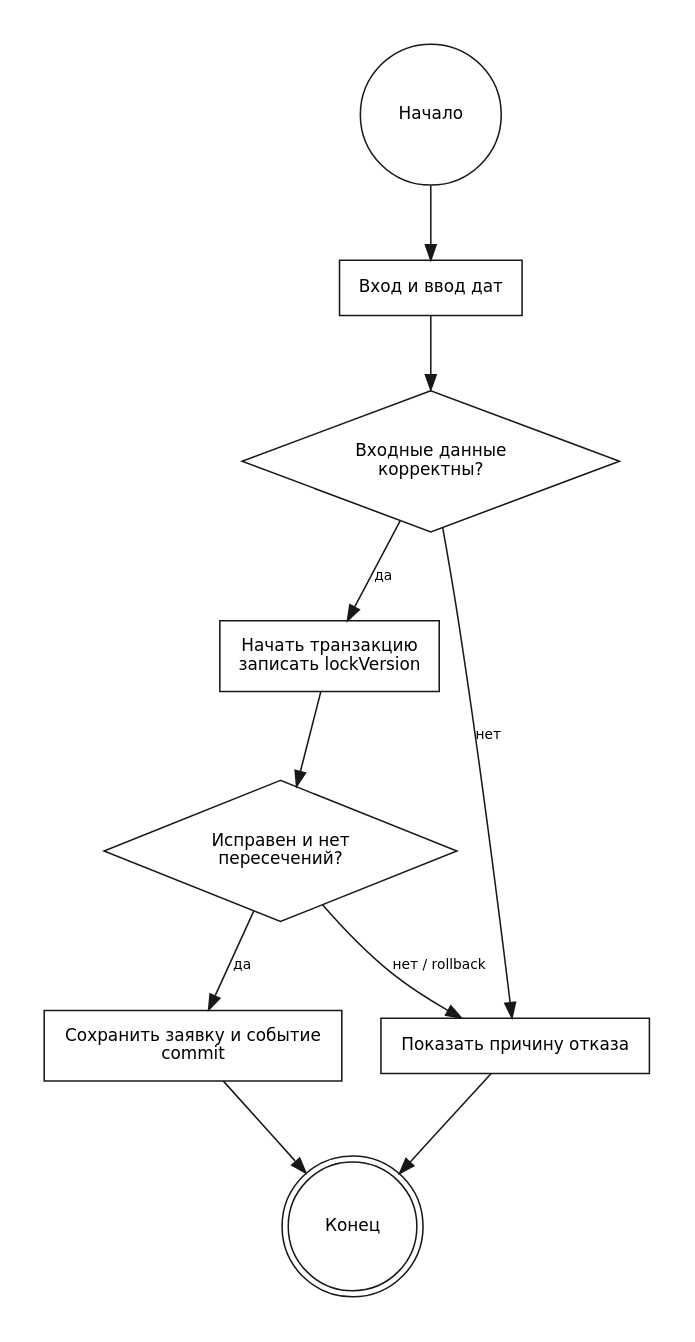
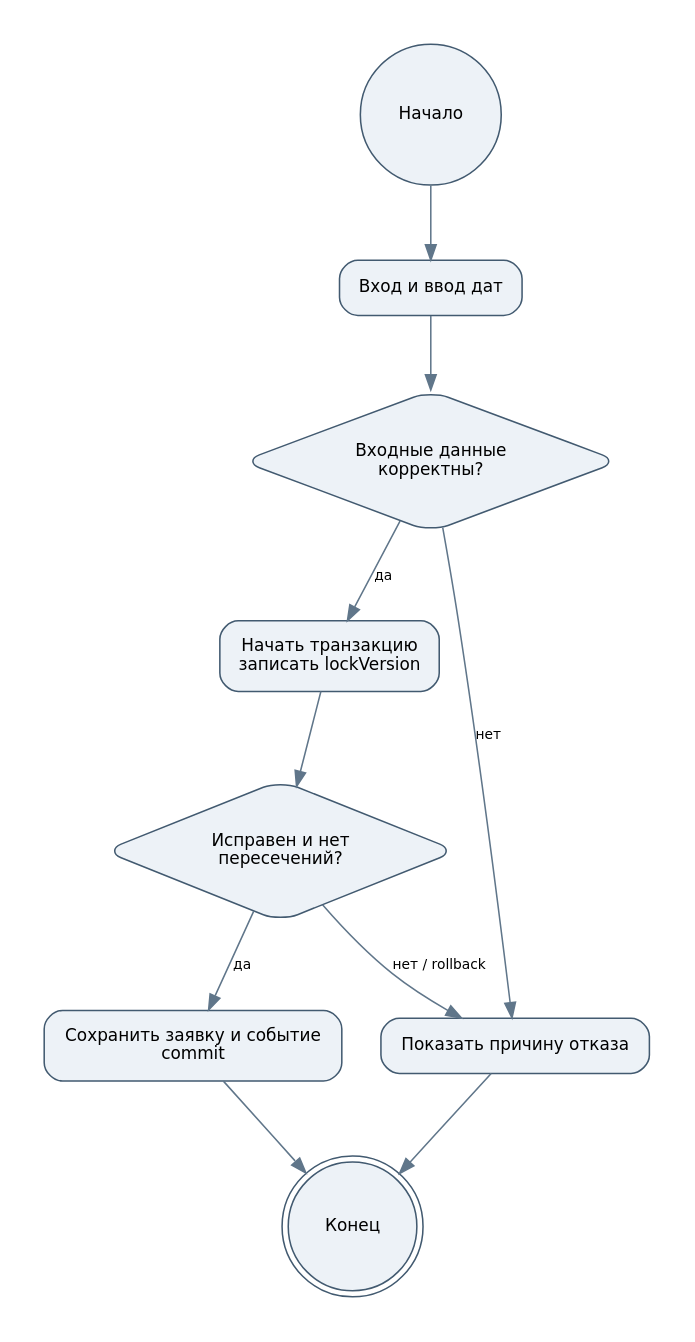
Before and after one commit to alexander2007B/cursovaya: the diagram in docs/diagrams/activity.dot, drawn with Graphviz. The commit also changed 33 other files, not shown here.

Commit message:
Restore original diagram layouts with subtle blue-grey colors

```diff
--- a/docs/diagrams/activity.dot
+++ b/docs/diagrams/activity.dot
@@ -1,5 +1,5 @@
-digraph G {graph [fontname="DejaVu Sans",bgcolor="white",pad="0.3",ranksep="0.65",nodesep="0.35"]; node [fontname="DejaVu Sans",fontsize=11,shape=box,style="filled",fillcolor="white",color="#181818",margin="0.15"]; edge [fontname="DejaVu Sans",fontsize=9,color="#181818"];start[label="Начало",shape=circle,width=.3];auth[label="Вход и ввод дат"];valid[label="Входные данные
+digraph G {graph [fontname="DejaVu Sans",bgcolor="white",pad="0.3",ranksep="0.65",nodesep="0.35"]; node [fontname="DejaVu Sans",fontsize=11,shape=box,style="rounded,filled",fillcolor="#edf2f7",color="#425a70",margin="0.15"]; edge [fontname="DejaVu Sans",fontsize=9,color="#60768a"];start[label="Начало",shape=circle,width=.3];auth[label="Вход и ввод дат"];valid[label="Входные данные
 корректны?",shape=diamond];tx[label="Начать транзакцию
 записать lockVersion"];free[label="Исправен и нет
 пересечений?",shape=diamond];save[label="Сохранить заявку и событие
 commit"];err[label="Показать причину отказа"];end[label="Конец",shape=doublecircle];start->auth;auth->valid;valid->tx[label="да"];valid->err[label="нет"];tx->free;free->save[label="да"];free->err[label="нет / rollback"];save->end;err->end;}
```
